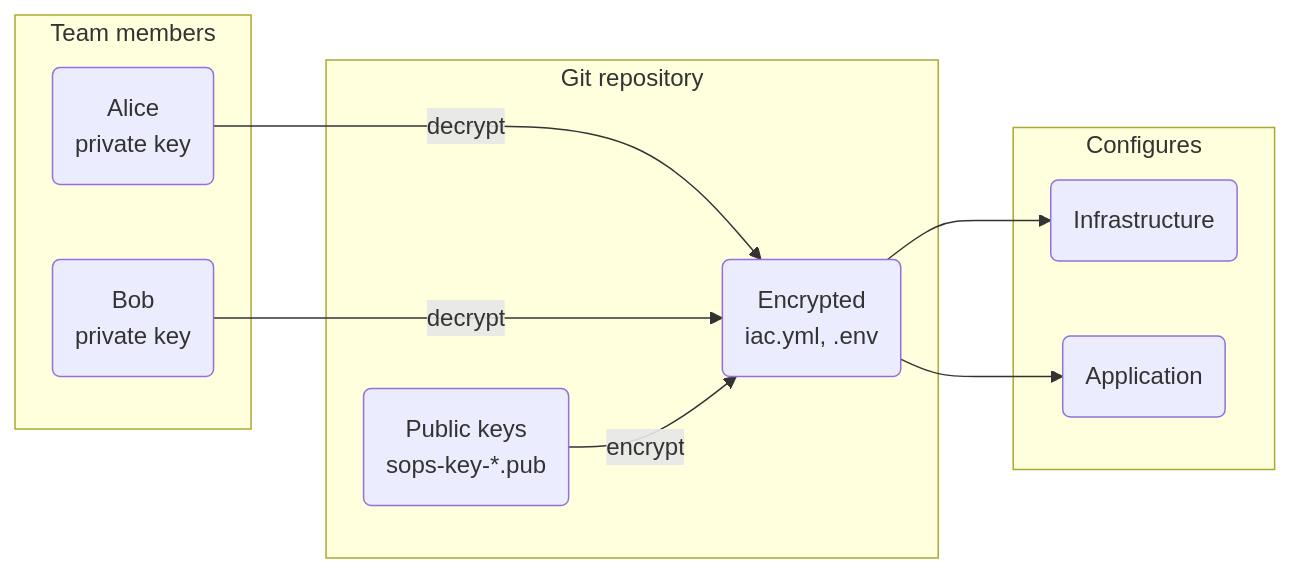
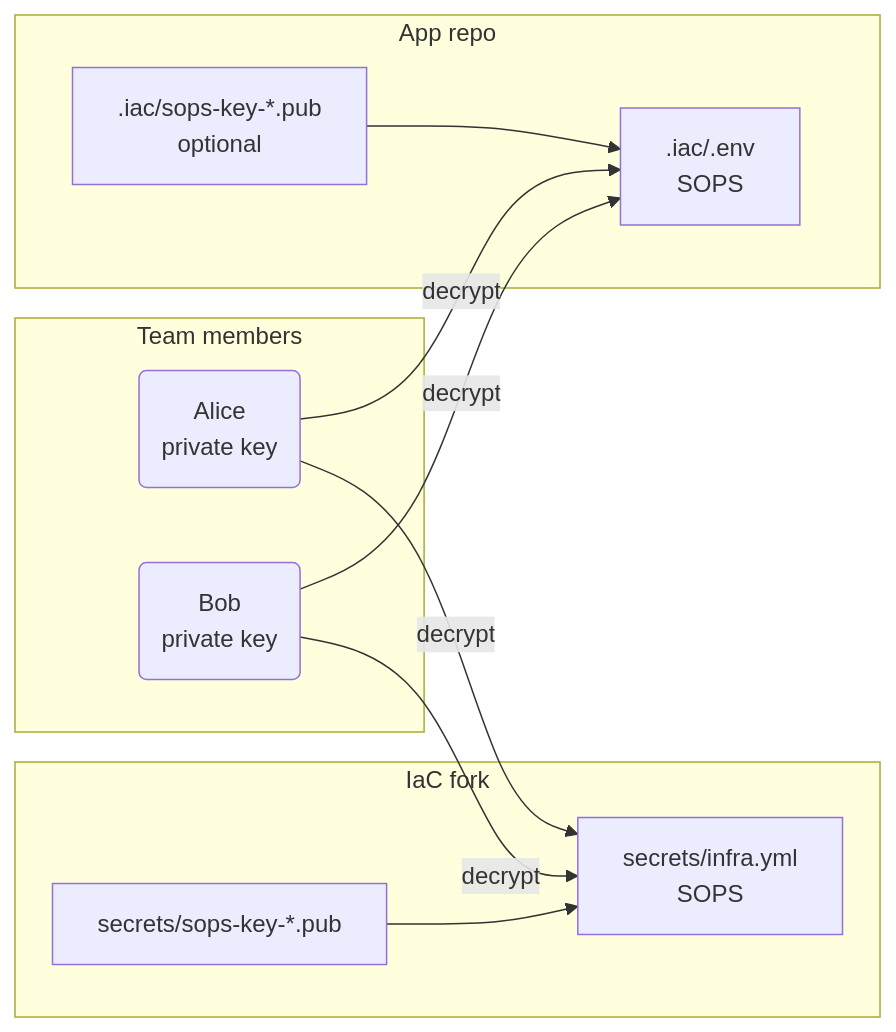
The diagram in docs/secrets.md (rednaw/iac), drawn with Mermaid before and after one commit. The commit also changed other lines of this file and 23 other files, not shown here.

````diff
--- a/docs/secrets.md
+++ b/docs/secrets.md
@@ -7,20 +12,21 @@
 ```mermaid
 flowchart LR
     subgraph TEAM["Team members"]
         T1(Alice<br/>private key)
         T2(Bob<br/>private key)
     end
-    subgraph GIT["Git repository"]
-        S(Encrypted<br/>iac.yml, .env)
-        P(Public keys<br/>sops-key-*.pub)
+    subgraph FORK["IaC fork"]
+        INFRA["secrets/infra.yml<br/>SOPS"]
+        SPUB["secrets/sops-key-*.pub"]
     end
-    subgraph USE["Configures"]
-        D(Infrastructure)
-        A(Application)
+    subgraph APP["App repo"]
+        ENV[".iac/.env<br/>SOPS"]
+        APUB[".iac/sops-key-*.pub<br/>optional"]
     end
-    T1 --->|decrypt| S
-    T2 -->|decrypt| S
-    S --> D
-    S --> A
-    P -->|encrypt| S
+    T1 -->|decrypt| INFRA
+    T2 -->|decrypt| INFRA
+    T1 -->|decrypt| ENV
+    T2 -->|decrypt| ENV
+    SPUB --> INFRA
+    APUB --> ENV
 ```
````
